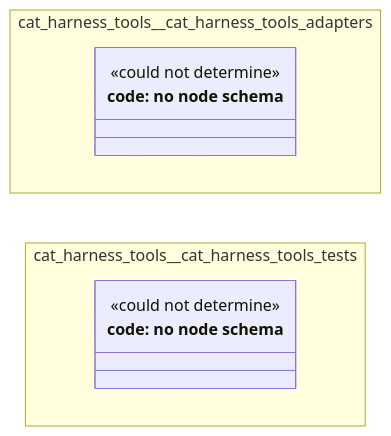
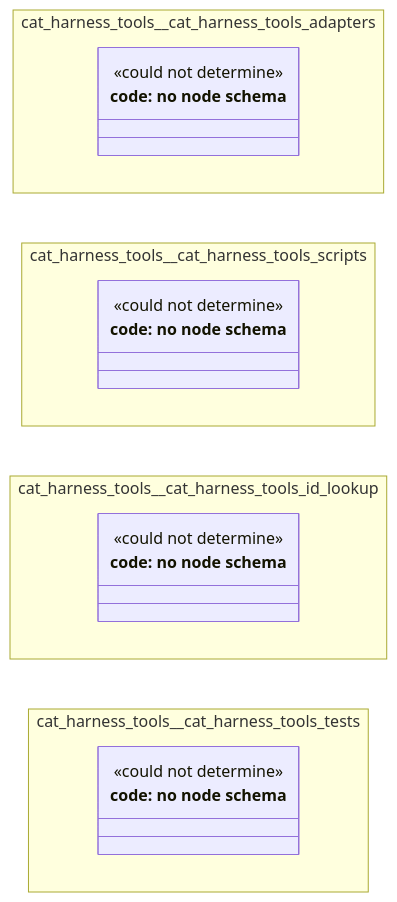
One commit to litlfred/folio-assistant changed the diagram in cat-harness/docs/uml/overview/cat-harness-tools.md. Above: the diagram before and after it, drawn with Mermaid. The commit also changed other lines of this file and 57 other files, not shown here.

````diff
--- a/cat-harness/docs/uml/overview/cat-harness-tools.md
+++ b/cat-harness/docs/uml/overview/cat-harness-tools.md
@@ -44,18 +48,32 @@
 ```mermaid
 classDiagram
   direction LR
   namespace cat_harness_tools__cat_harness_tools_adapters {
     class n_cat_harness_tools_cat_harness_tools_adapters_code["code: no node schema"] {
+      <<could not determine>>
+    }
+  }
+  namespace cat_harness_tools__cat_harness_tools_scripts {
+    class n_cat_harness_tools_cat_harness_tools_scripts_code["code: no node schema"] {
+      <<could not determine>>
+    }
+  }
+  namespace cat_harness_tools__cat_harness_tools_id_lookup {
+    class n_cat_harness_tools_cat_harness_tools_id_lookup_code["code: no node schema"] {
       <<could not determine>>
     }
   }
   namespace cat_harness_tools__cat_harness_tools_tests {
     class n_cat_harness_tools_cat_harness_tools_tests_code["code: no node schema"] {
       <<could not determine>>
     }
   }
   cssClass "n_cat_harness_tools_cat_harness_tools_adapters_code" fa_uml_kind_code
   cssClass "n_cat_harness_tools_cat_harness_tools_adapters_code" fa_uml_undetermined
+  cssClass "n_cat_harness_tools_cat_harness_tools_scripts_code" fa_uml_kind_code
+  cssClass "n_cat_harness_tools_cat_harness_tools_scripts_code" fa_uml_undetermined
+  cssClass "n_cat_harness_tools_cat_harness_tools_id_lookup_code" fa_uml_kind_code
+  cssClass "n_cat_harness_tools_cat_harness_tools_id_lookup_code" fa_uml_undetermined
   cssClass "n_cat_harness_tools_cat_harness_tools_tests_code" fa_uml_kind_code
   cssClass "n_cat_harness_tools_cat_harness_tools_tests_code" fa_uml_undetermined
 ```
````
